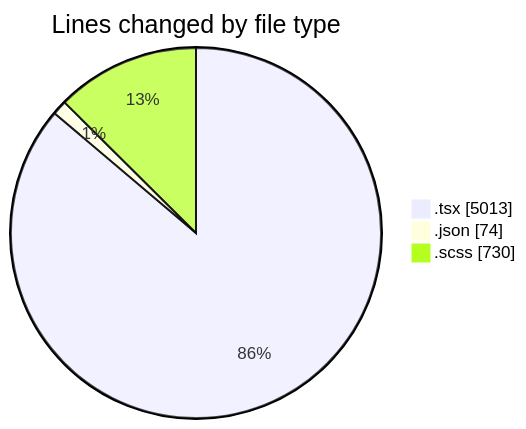
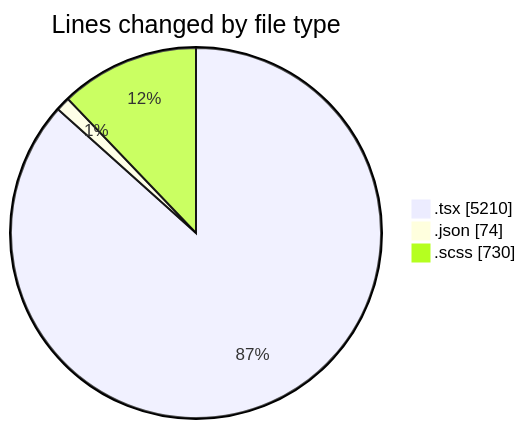
The first of 2 diagrams in 2025-04-08/cda/README.md (momahboobian/code-tracking), drawn with Mermaid before and after one commit. The commit also changed other lines of this file and 1 other file, not shown here.

````diff
--- a/2025-04-08/cda/README.md
+++ b/2025-04-08/cda/README.md
@@ -35,7 +36,7 @@
 ```mermaid
 pie showData
 title Lines changed by file type
-".tsx" : 5013
+".tsx" : 5210
 ".json" : 74
 ".scss" : 730
 ```
````
